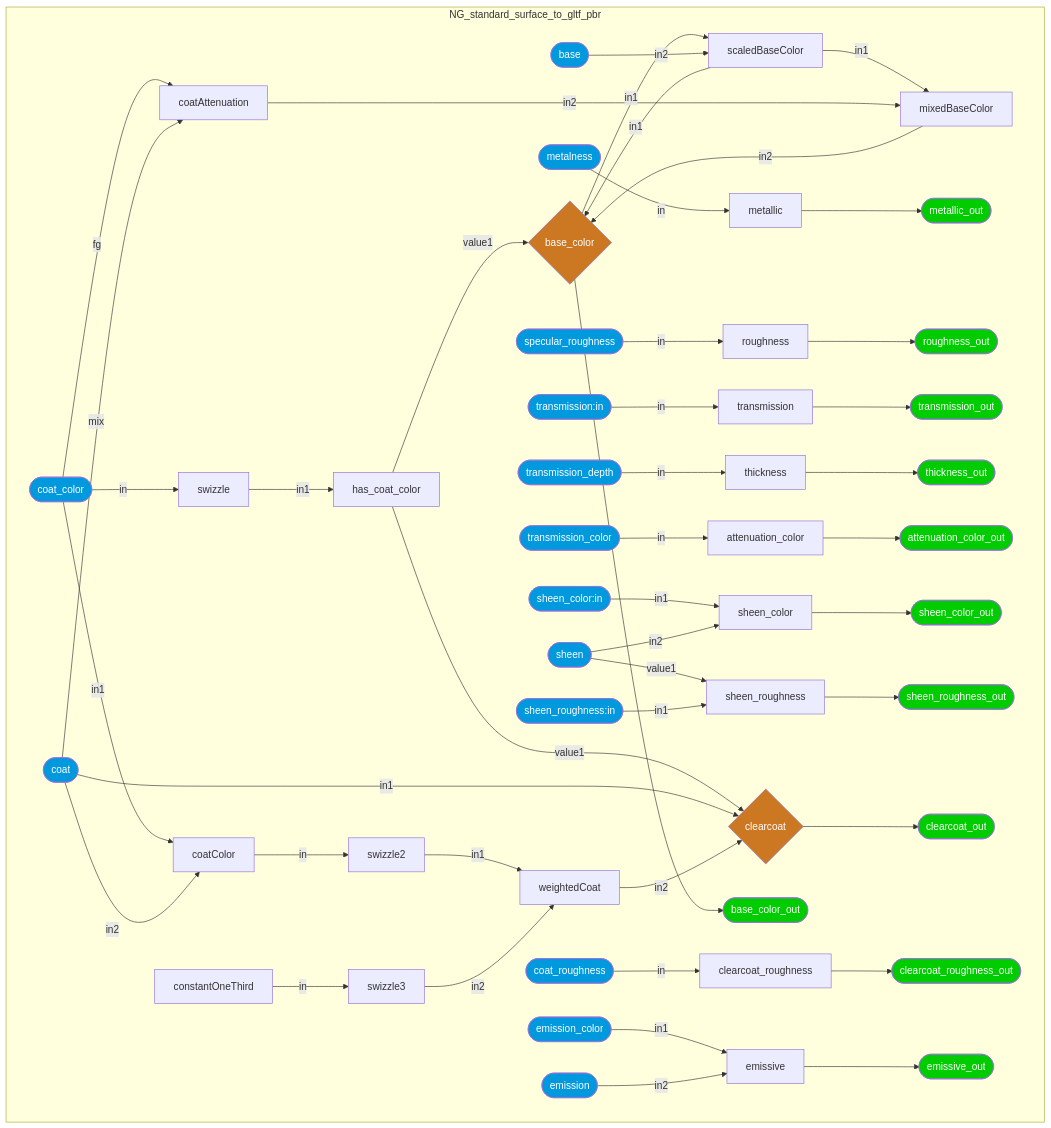
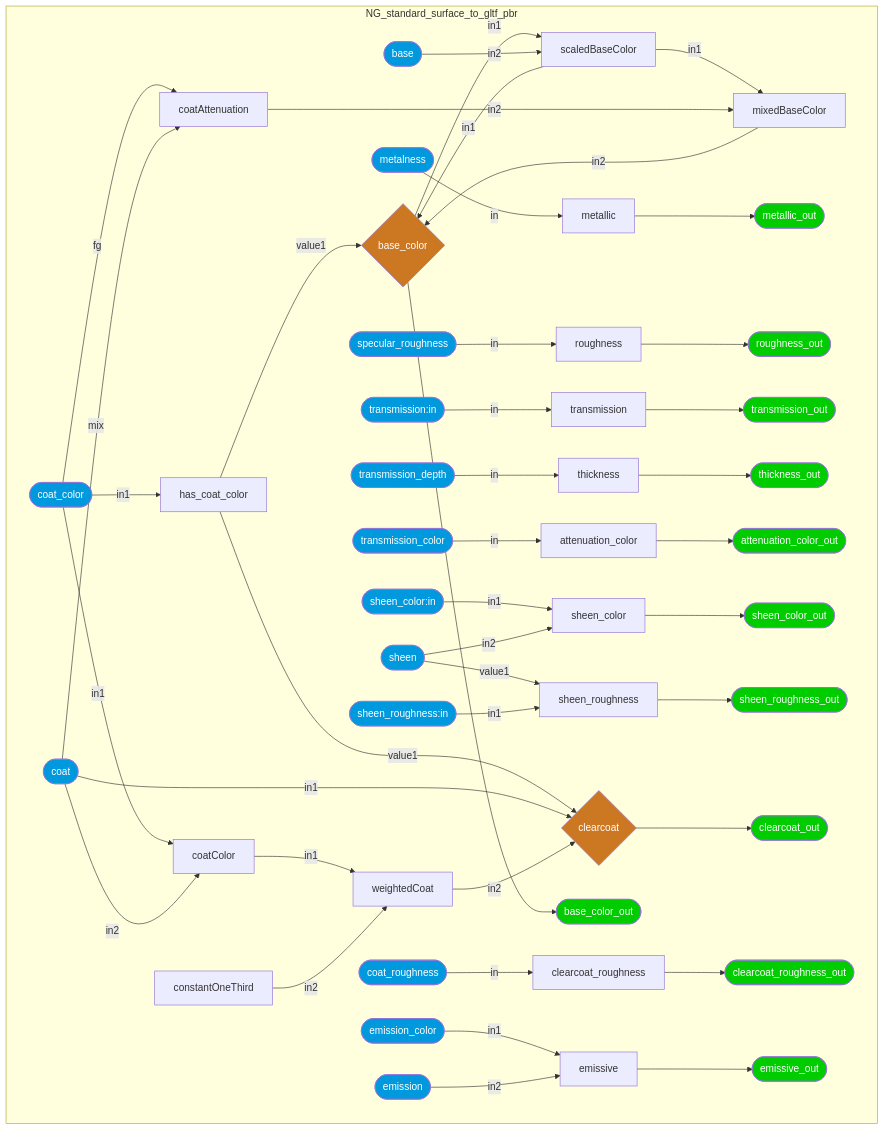
One commit to kwokcb/MaterialX_Learn changed diagram 35 of 36 in documents/definitions/bxdf_doc.md. Above: the diagram before and after it, drawn with Mermaid. The commit also changed other lines of this file and 1068 other files, not shown here.

````diff
--- a/documents/definitions/bxdf_doc.md
+++ b/documents/definitions/bxdf_doc.md
@@ -3295,15 +3271,12 @@
 ```mermaid
 graph TB
     subgraph NG_standard_surface_to_gltf_pbr
-    NG_standard_surface_to_gltf_pbr_swizzle[swizzle]
     NG_standard_surface_to_gltf_pbr_has_coat_color[has_coat_color]
     NG_standard_surface_to_gltf_pbr_scaledBaseColor[scaledBaseColor]
     NG_standard_surface_to_gltf_pbr_coatAttenuation[coatAttenuation]
     NG_standard_surface_to_gltf_pbr_mixedBaseColor[mixedBaseColor]
     NG_standard_surface_to_gltf_pbr_constantOneThird[constantOneThird]
     NG_standard_surface_to_gltf_pbr_coatColor[coatColor]
-    NG_standard_surface_to_gltf_pbr_swizzle2[swizzle2]
-    NG_standard_surface_to_gltf_pbr_swizzle3[swizzle3]
     NG_standard_surface_to_gltf_pbr_weightedCoat[weightedCoat]
     style NG_standard_surface_to_gltf_pbr_base_color  fill:#C72, color:#FFF
     NG_standard_surface_to_gltf_pbr_base_color{base_color}
@@ -3369,8 +3342,7 @@
     style NG_standard_surface_to_gltf_pbr_emission  fill:#09D, color:#FFF
     NG_standard_surface_to_gltf_pbr_emission([emission])
     end
-    NG_standard_surface_to_gltf_pbr_coat_color --"in"--> NG_standard_surface_to_gltf_pbr_swizzle
-    NG_standard_surface_to_gltf_pbr_swizzle --"in1"--> NG_standard_surface_to_gltf_pbr_has_coat_color
+    NG_standard_surface_to_gltf_pbr_coat_color --"in1"--> NG_standard_surface_to_gltf_pbr_has_coat_color
     NG_standard_surface_to_gltf_pbr_base_color --"in1"--> NG_standard_surface_to_gltf_pbr_scaledBaseColor
     NG_standard_surface_to_gltf_pbr_base --"in2"--> NG_standard_surface_to_gltf_pbr_scaledBaseColor
     NG_standard_surface_to_gltf_pbr_coat_color --"fg"--> NG_standard_surface_to_gltf_pbr_coatAttenuation
@@ -3379,10 +3351,8 @@
     NG_standard_surface_to_gltf_pbr_coatAttenuation --"in2"--> NG_standard_surface_to_gltf_pbr_mixedBaseColor
     NG_standard_surface_to_gltf_pbr_coat_color --"in1"--> NG_standard_surface_to_gltf_pbr_coatColor
     NG_standard_surface_to_gltf_pbr_coat --"in2"--> NG_standard_surface_to_gltf_pbr_coatColor
-    NG_standard_surface_to_gltf_pbr_coatColor --"in"--> NG_standard_surface_to_gltf_pbr_swizzle2
-    NG_standard_surface_to_gltf_pbr_constantOneThird --"in"--> NG_standard_surface_to_gltf_pbr_swizzle3
-    NG_standard_surface_to_gltf_pbr_swizzle2 --"in1"--> NG_standard_surface_to_gltf_pbr_weightedCoat
-    NG_standard_surface_to_gltf_pbr_swizzle3 --"in2"--> NG_standard_surface_to_gltf_pbr_weightedCoat
+    NG_standard_surface_to_gltf_pbr_coatColor --"in1"--> NG_standard_surface_to_gltf_pbr_weightedCoat
+    NG_standard_surface_to_gltf_pbr_constantOneThird --"in2"--> NG_standard_surface_to_gltf_pbr_weightedCoat
     NG_standard_surface_to_gltf_pbr_has_coat_color --"value1"--> NG_standard_surface_to_gltf_pbr_base_color
     NG_standard_surface_to_gltf_pbr_scaledBaseColor --"in1"--> NG_standard_surface_to_gltf_pbr_base_color
     NG_standard_surface_to_gltf_pbr_mixedBaseColor --"in2"--> NG_standard_surface_to_gltf_pbr_base_color
````
